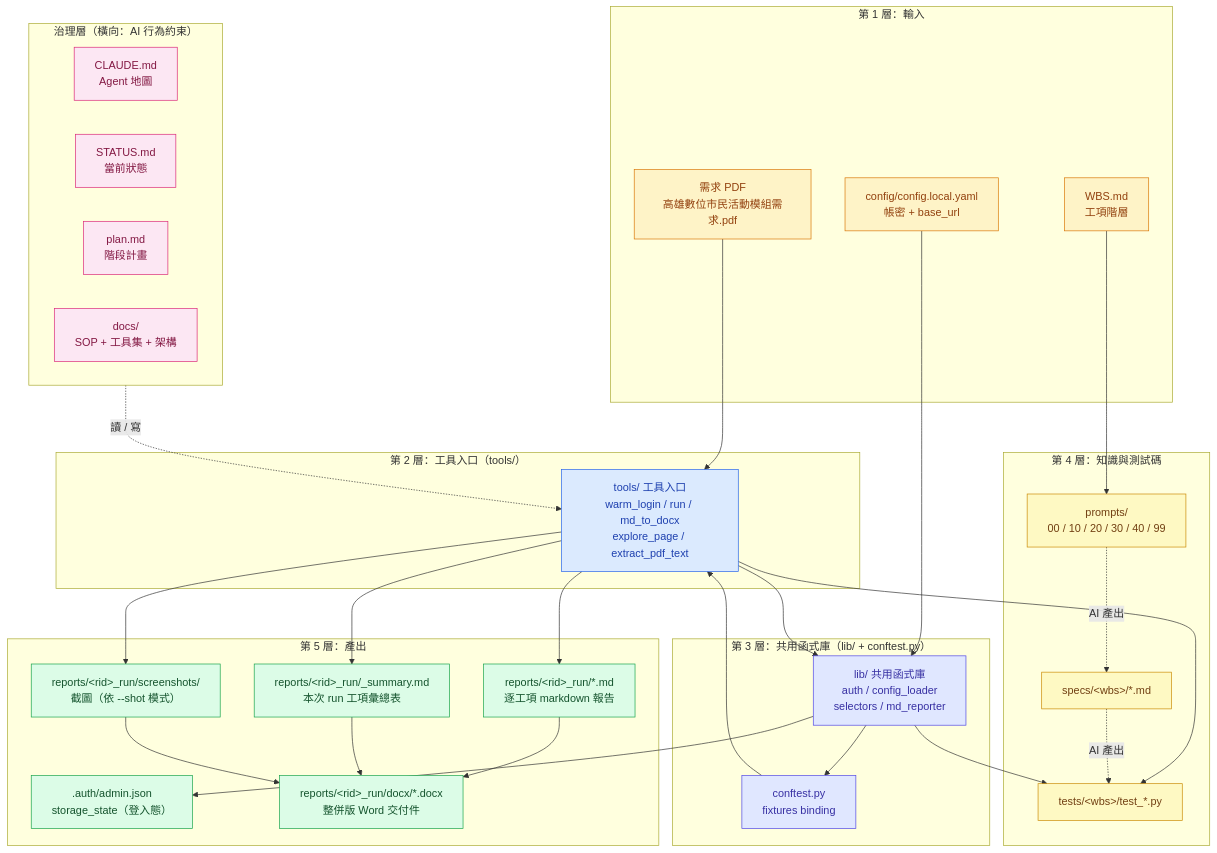
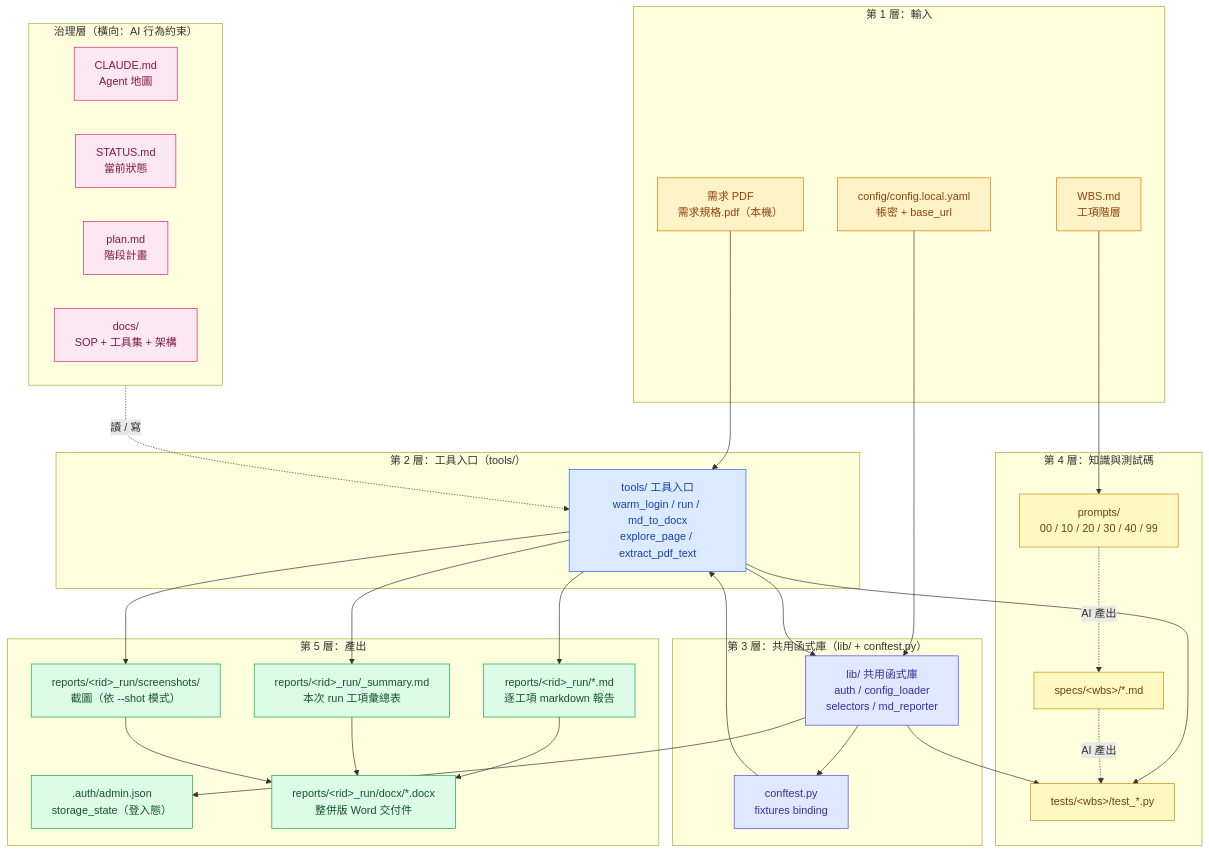
Before and after one commit to NoahGitHubAccount/POC_for_autotest: the first of 2 diagrams in docs/技術架構.md, drawn with Mermaid. The commit also changed other lines of this file and 13 other files, not shown here.

````diff
--- a/docs/技術架構.md
+++ b/docs/技術架構.md
@@ -87,68 +87,68 @@
 ```mermaid
 flowchart TB
     classDef input fill:#fef3c7,stroke:#d97706,color:#92400e
     classDef tool fill:#dbeafe,stroke:#2563eb,color:#1e40af
     classDef lib fill:#e0e7ff,stroke:#4f46e5,color:#3730a3
     classDef data fill:#dcfce7,stroke:#16a34a,color:#14532d
     classDef meta fill:#fce7f3,stroke:#db2777,color:#831843
     classDef knowledge fill:#fef9c3,stroke:#ca8a04,color:#713f12
 
     subgraph L1["第 1 層：輸入"]
-        PDF["需求 PDF<br/>高雄數位市民活動模組需求.pdf"]:::input
+        PDF["需求 PDF<br/>需求規格.pdf（本機）"]:::input
         CFG["config/config.local.yaml<br/>帳密 + base_url"]:::input
         WBS["WBS.md<br/>工項階層"]:::input
     end
 
     subgraph L2["第 2 層：工具入口（tools/）"]
         TOOLS["tools/ 工具入口<br/>warm_login / run / md_to_docx<br/>explore_page / extract_pdf_text"]:::tool
     end
 
     subgraph L3["第 3 層：共用函式庫（lib/ + conftest.py）"]
         LIB["lib/ 共用函式庫<br/>auth / config_loader<br/>selectors / md_reporter"]:::lib
         CONF["conftest.py<br/>fixtures binding"]:::lib
     end
 
     subgraph L4["第 4 層：知識與測試碼"]
         PROMPTS["prompts/<br/>00 / 10 / 20 / 30 / 40 / 99"]:::knowledge
         SPECS["specs/&lt;wbs&gt;/*.md"]:::knowledge
         TESTS["tests/&lt;wbs&gt;/test_*.py"]:::knowledge
     end
 
     subgraph L5["第 5 層：產出"]
         AUTH_F[".auth/admin.json<br/>storage_state（登入態）"]:::data
         MD_F["reports/&lt;rid&gt;_run/*.md<br/>逐工項 markdown 報告"]:::data
         SUM_F["reports/&lt;rid&gt;_run/_summary.md<br/>本次 run 工項彙總表"]:::data
         SHOT_F["reports/&lt;rid&gt;_run/screenshots/<br/>截圖（依 --shot 模式）"]:::data
         DOCX_F["reports/&lt;rid&gt;_run/docx/*.docx<br/>整併版 Word 交付件"]:::data
     end
 
     subgraph META["治理層（橫向：AI 行為約束）"]
         CLAUDE_F["CLAUDE.md<br/>Agent 地圖"]:::meta
         STATUS_F["STATUS.md<br/>當前狀態"]:::meta
         PLAN_F["plan.md<br/>階段計畫"]:::meta
         DOCS_F["docs/<br/>SOP + 工具集 + 架構"]:::meta
     end
 
     PDF --> TOOLS
     CFG --> LIB
     WBS --> PROMPTS
 
     TOOLS --> LIB
     TOOLS --> TESTS
     LIB --> CONF
     LIB --> TESTS
     CONF --> TOOLS
 
     PROMPTS -.AI 產出.-> SPECS
     SPECS -.AI 產出.-> TESTS
 
     LIB --> AUTH_F
     TOOLS --> MD_F
     TOOLS --> SUM_F
     TOOLS --> SHOT_F
     MD_F --> DOCX_F
     SUM_F --> DOCX_F
     SHOT_F --> DOCX_F
 
     META -.讀 / 寫.-> TOOLS
 ```
````
